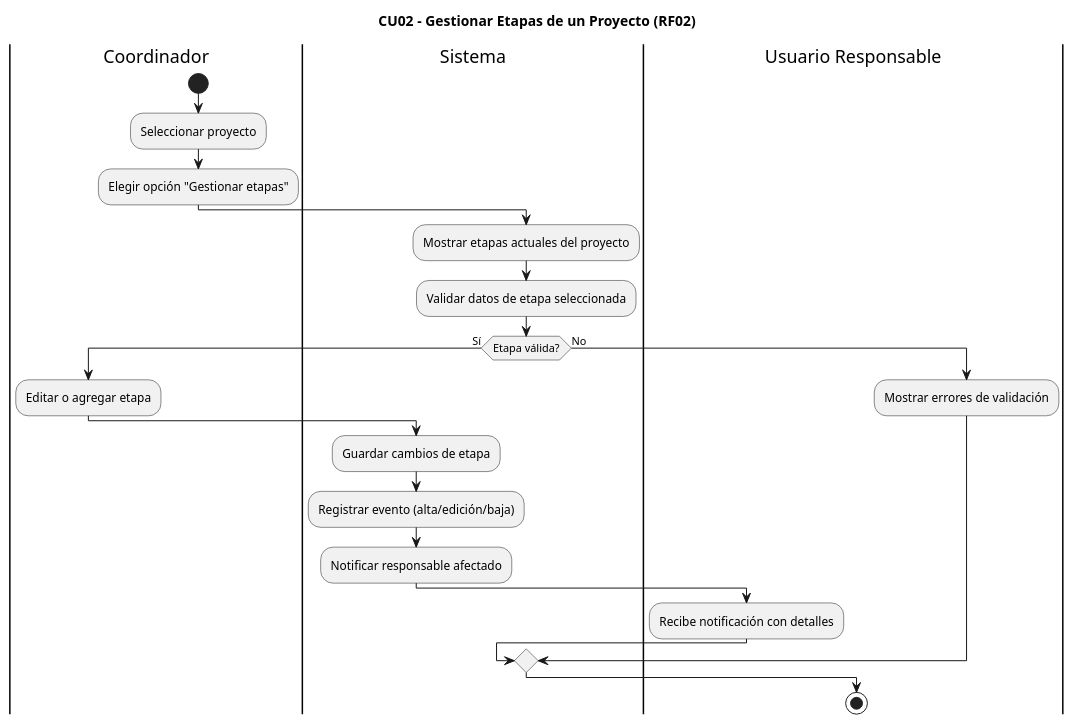
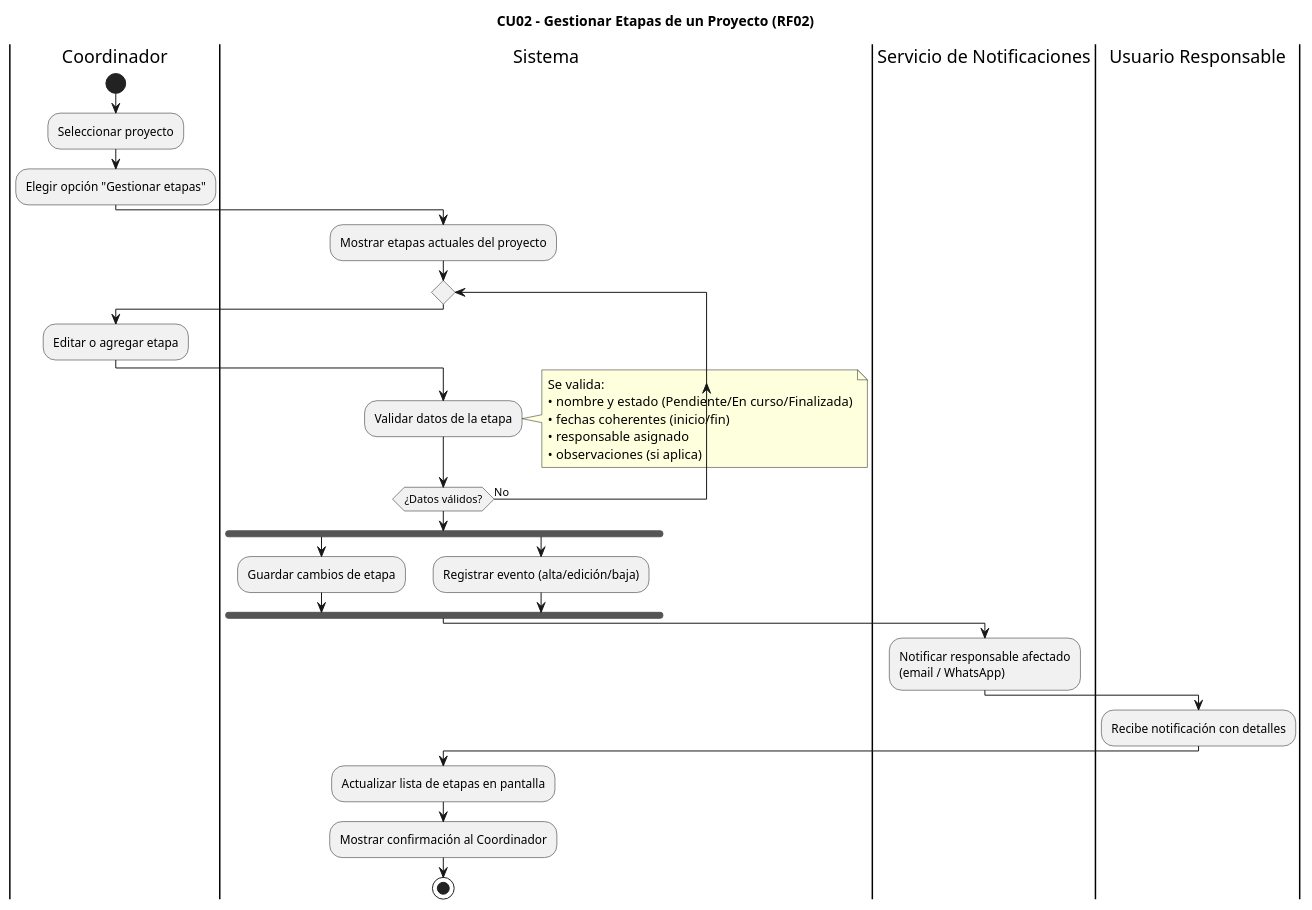
One commit to dantebiondi666-prog/SistemaProductoraVideos changed the diagram in diagramas/04-diagramas-actividades/04-actividad-gestionar-etapas-proyecto-02.puml. Above: the diagram before and after it, drawn with PlantUML. The commit also changed 2 other files, not shown here.

```diff
--- a/diagramas/04-diagramas-actividades/04-actividad-gestionar-etapas-proyecto-02.puml
+++ b/diagramas/04-diagramas-actividades/04-actividad-gestionar-etapas-proyecto-02.puml
@@ -1,25 +1,44 @@
-@startuml 04-actividad-gestionar-etapas-proyecto
+@startuml 04-actividad-gestionar-etapas-proyecto-02
 title CU02 – Gestionar Etapas de un Proyecto (RF02)
 
 |Coordinador|
 start
 :Seleccionar proyecto;
 :Elegir opción "Gestionar etapas";
+
 |Sistema|
 :Mostrar etapas actuales del proyecto;
-:Validar datos de etapa seleccionada;
-if (Etapa válida?) then (Sí)
+
+repeat
   |Coordinador|
   :Editar o agregar etapa;
+
   |Sistema|
+  :Validar datos de la etapa;
+  note right
+    Se valida:
+    • nombre y estado (Pendiente/En curso/Finalizada)
+    • fechas coherentes (inicio/fin)
+    • responsable asignado
+    • observaciones (si aplica)
+  end note
+repeat while (¿Datos válidos?) is (No)
+
+|Sistema|
+fork
   :Guardar cambios de etapa;
+fork again
   :Registrar evento (alta/edición/baja);
-  :Notificar responsable afectado;
-  |Usuario Responsable|
-  :Recibe notificación con detalles;
-else (No)
-  :Mostrar errores de validación;
-endif
+end fork
+
+|Servicio de Notificaciones|
+:Notificar responsable afectado\n(email / WhatsApp);
+
+|Usuario Responsable|
+:Recibe notificación con detalles;
+
+|Sistema|
+:Actualizar lista de etapas en pantalla;
+:Mostrar confirmación al Coordinador;
 stop
-
 @enduml
```
